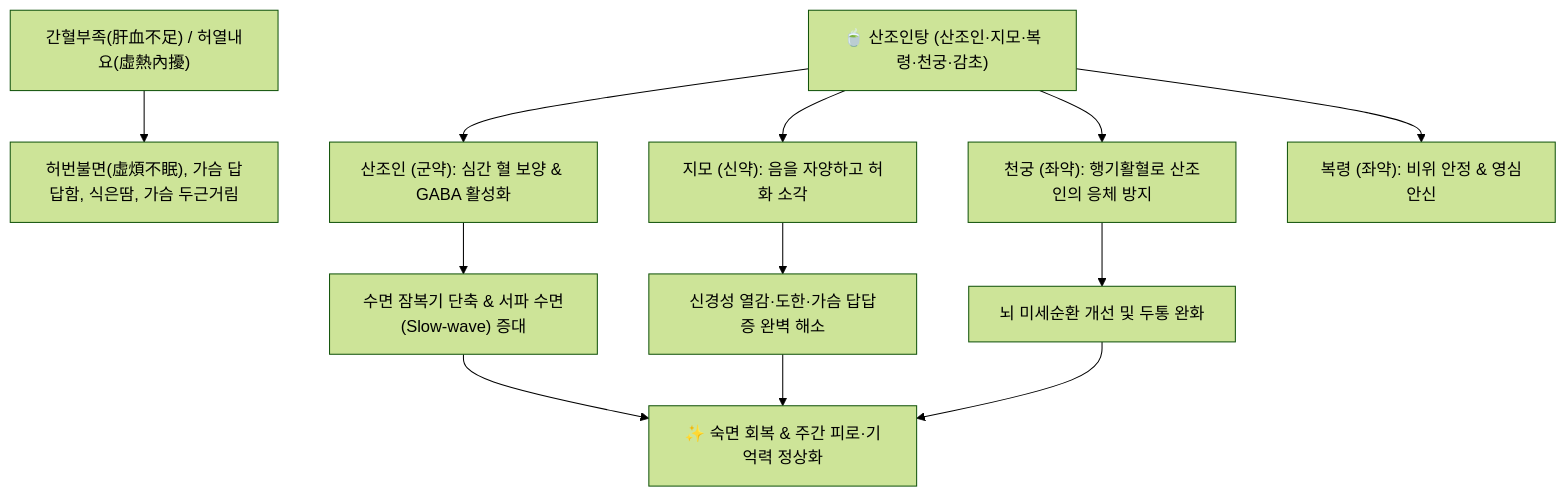
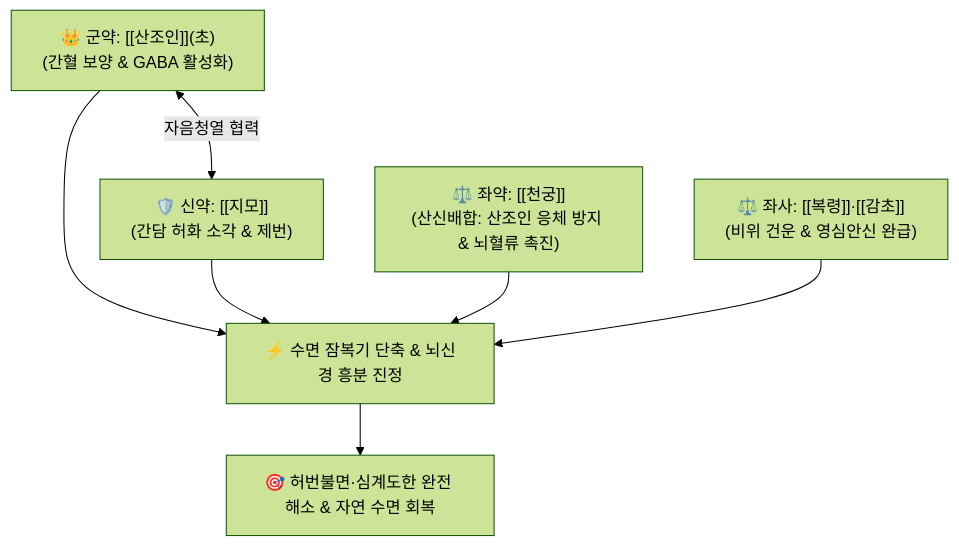
Before and after one commit to simbio11/simbio-digital-garden2: the diagram in content/2. 약리 공부/처방/08_치풍·안신·개규제/산조인탕.md, drawn with Mermaid (forest theme). The commit also changed other lines of this file and 799 other files, not shown here.

````diff
--- a/content/2. 약리 공부/처방/08_치풍·안신·개규제/산조인탕.md
+++ b/content/2. 약리 공부/처방/08_치풍·안신·개규제/산조인탕.md
@@ -37,17 +43,8 @@
 ```mermaid
 graph TD
-    LiverBloodDeficiency["간혈부족(肝血不足) / 허열내요(虛熱內擾)"] --> InsomniaState["허번불면(虛煩不眠), 가슴 답답함, 식은땀, 가슴 두근거림"]
-    
-    Formula["🍵 산조인탕 (산조인·지모·복령·천궁·감초)"] --> Suanzaoren["산조인 (군약): 심간 혈 보양 & GABA 활성화"]
-    Formula --> Zhimu["지모 (신약): 음을 자양하고 허화 소각"]
-    Formula --> Chuanxiong["천궁 (좌약): 행기활혈로 산조인의 응체 방지"]
-    Formula --> Fuling["복령 (좌약): 비위 안정 & 영심안신"]
-    
-    Suanzaoren --> SleepDrive["수면 잠복기 단축 & 서파 수면(Slow-wave) 증대"]
-    Zhimu --> AnxietyDown["신경성 열감·도한·가슴 답답증 완벽 해소"]
-    Chuanxiong --> CerebralFlow["뇌 미세순환 개선 및 두통 완화"]
-    
-    SleepDrive --> NaturalSleep["✨ 숙면 회복 & 주간 피로·기억력 정상화"]
-    AnxietyDown --> NaturalSleep
-    CerebralFlow --> NaturalSleep
+    SJR["👑 군약: [[산조인]](초)<br>(간혈 보양 & GABA 활성화)"] <-->|자음청열 협력| ZM["🛡️ 신약: [[지모]]<br>(간담 허화 소각 & 제번)"]
+    SJR & ZM --> CALM["⚡ 수면 잠복기 단축 & 뇌신경 흥분 진정"]
+    CG["⚖️ 좌약: [[천궁]]<br>(산신배합: 산조인 응체 방지 & 뇌혈류 촉진)"] --> CALM
+    FL_GC["⚖️ 좌사: [[복령]]·[[감초]]<br>(비위 건운 & 영심안신 완급)"] --> CALM
+    CALM --> TOTAL["🎯 허번불면·심계도한 완전 해소 & 자연 수면 회복"]
 ```
````
